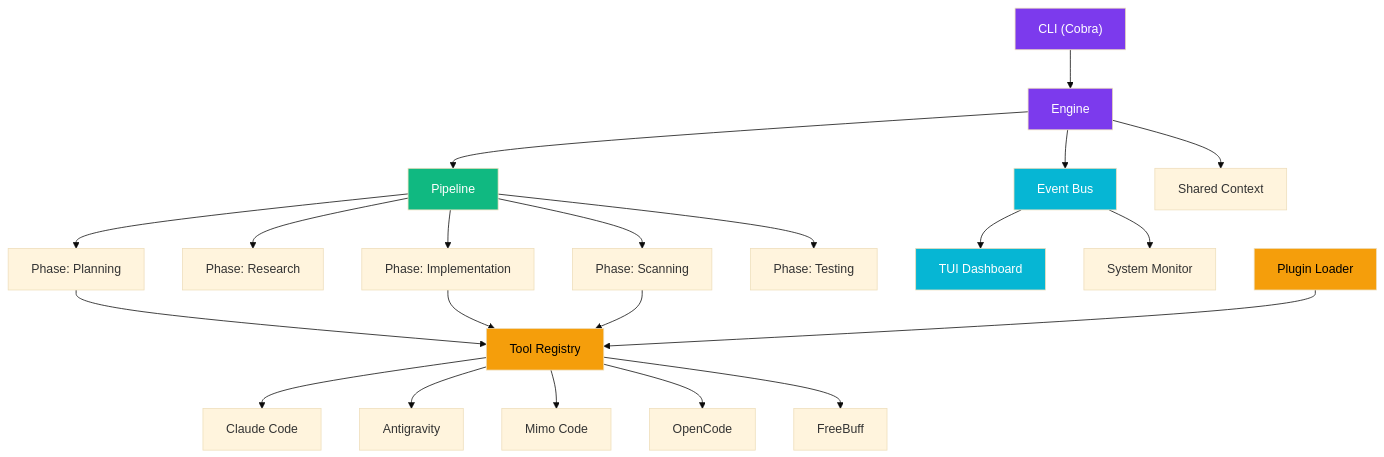
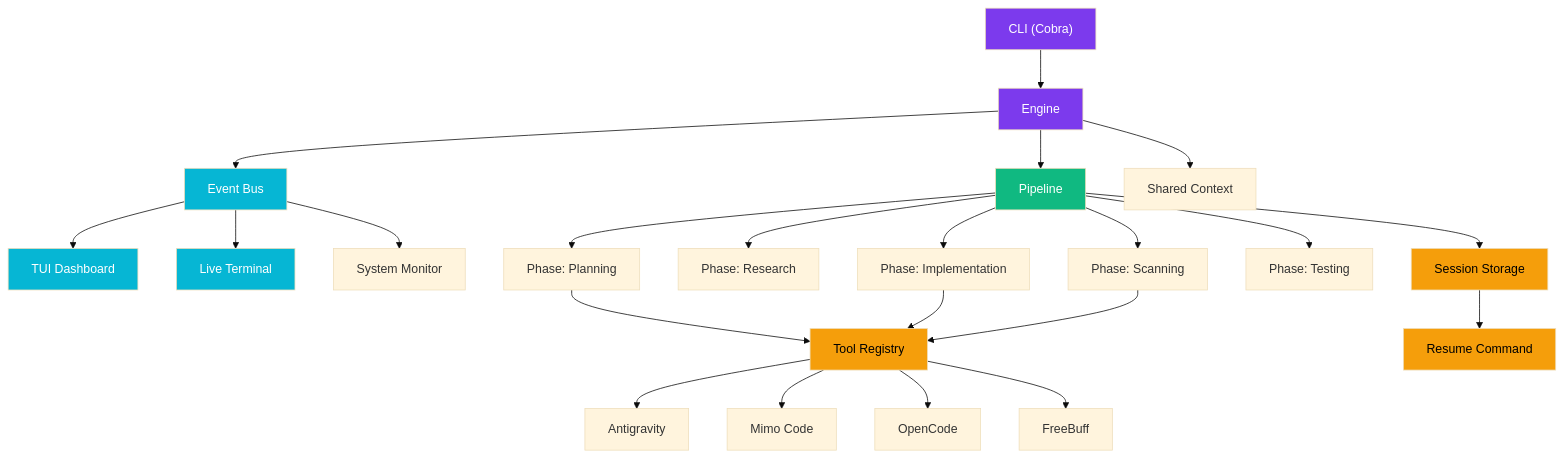
Before and after one commit to pranjal2410719/Chain-Hub: the diagram in README.md, drawn with Mermaid (base theme). The commit also changed other lines of this file and 13 other files, not shown here.

First line of the commit message:
feat: add live terminal view, session recovery, and update documentation

````diff
--- a/README.md
+++ b/README.md
@@ -51,36 +53,39 @@
 ```mermaid
 graph TD
     CLI["CLI (Cobra)"] --> Engine
     Engine --> EventBus["Event Bus"]
     Engine --> Pipeline
     Engine --> SharedCtx["Shared Context"]
 
     Pipeline --> Phase1["Phase: Planning"]
     Pipeline --> Phase2["Phase: Research"]
     Pipeline --> Phase3["Phase: Implementation"]
     Pipeline --> Phase4["Phase: Scanning"]
     Pipeline --> Phase5["Phase: Testing"]
 
     Phase1 --> Registry["Tool Registry"]
     Phase3 --> Registry
     Phase4 --> Registry
 
-    Registry --> A1["Claude Code"]
-    Registry --> A2["Antigravity"]
-    Registry --> A3["Mimo Code"]
-    Registry --> A4["OpenCode"]
-    Registry --> A5["FreeBuff"]
+    Registry --> A1["Antigravity"]
+    Registry --> A2["Mimo Code"]
+    Registry --> A3["OpenCode"]
+    Registry --> A4["FreeBuff"]
 
     EventBus --> TUI["TUI Dashboard"]
+    EventBus --> Terminal["Live Terminal"]
     EventBus --> Monitor["System Monitor"]
 
-    PluginLoader["Plugin Loader"] --> Registry
+    Pipeline --> Sessions["Session Storage"]
+    Sessions --> Resume["Resume Command"]
 
     style CLI fill:#7C3AED,color:#fff
     style Engine fill:#7C3AED,color:#fff
     style TUI fill:#06B6D4,color:#fff
+    style Terminal fill:#06B6D4,color:#fff
     style EventBus fill:#06B6D4,color:#fff
     style Pipeline fill:#10B981,color:#fff
     style Registry fill:#F59E0B,color:#000
-    style PluginLoader fill:#F59E0B,color:#000
+    style Sessions fill:#F59E0B,color:#000
+    style Resume fill:#F59E0B,color:#000
 ```
````
